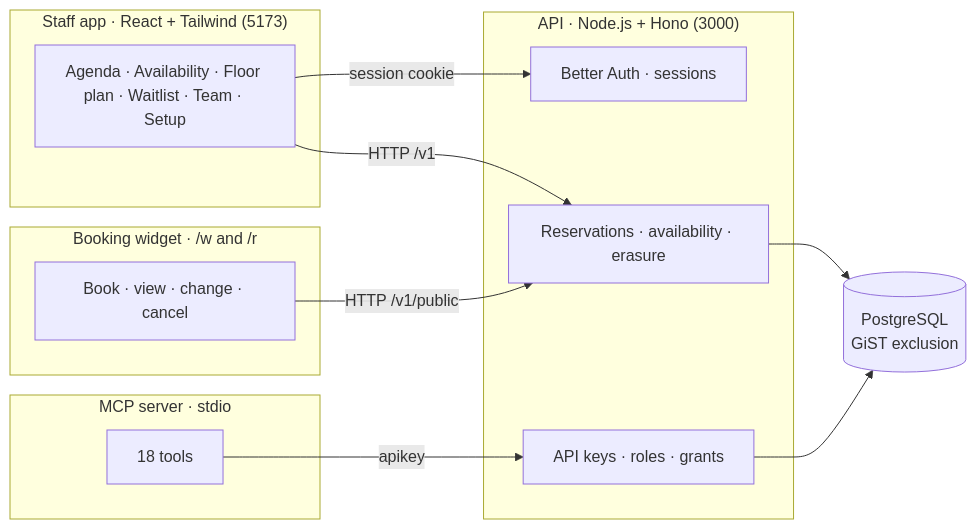
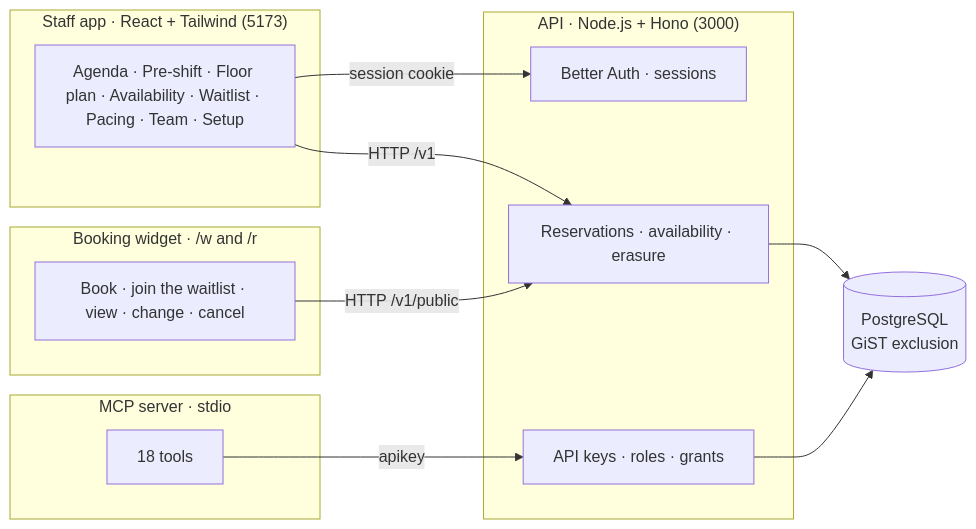
Before and after one commit to David-Cabeza/OpenCovers: the diagram in README.md, drawn with Mermaid. The commit also changed other lines of this file, not shown here.

````diff
--- a/README.md
+++ b/README.md
@@ -95,25 +105,25 @@
 ```mermaid
 flowchart LR
     subgraph web["Staff app · React + Tailwind (5173)"]
-        UI[Agenda · Availability · Floor plan · Waitlist · Team · Setup]
+        UI[Agenda · Pre-shift · Floor plan · Availability · Waitlist · Pacing · Team · Setup]
     end
     subgraph api["API · Node.js + Hono (3000)"]
         AUTH[Better Auth · sessions]
         KEYS[API keys · roles · grants]
         DOMAIN[Reservations · availability · erasure]
     end
     subgraph mcp["MCP server · stdio"]
         TOOLS[18 tools]
     end
     subgraph widget["Booking widget · /w and /r"]
-        GUEST[Book · view · change · cancel]
+        GUEST[Book · join the waitlist · view · change · cancel]
     end
     DB[(PostgreSQL<br/>GiST exclusion)]
 
     UI -- "session cookie" --> AUTH
     UI -- "HTTP /v1" --> DOMAIN
     TOOLS -- "apikey" --> KEYS
     GUEST -- "HTTP /v1/public" --> DOMAIN
     DOMAIN --> DB
     KEYS --> DB
 ```
````
